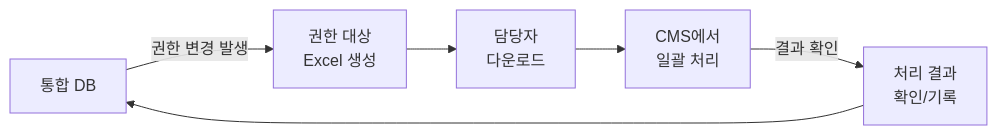
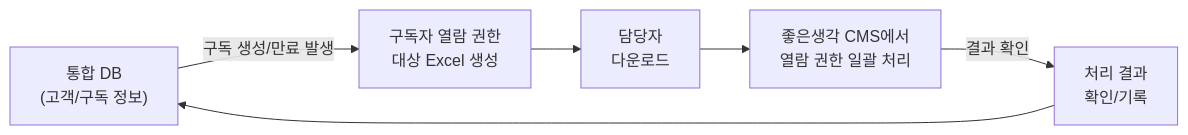
The fifth of 5 diagrams in src/content/docs/goodthinking-isp/04-design/data-integration.md (sknkwoxs/manual-book), drawn with Mermaid before and after one commit. The commit also changed other lines of this file and 4 other files, not shown here.

````diff
--- a/src/content/docs/goodthinking-isp/04-design/data-integration.md
+++ b/src/content/docs/goodthinking-isp/04-design/data-integration.md
@@ -236,14 +242,14 @@
 ```mermaid
 graph LR
-    A["통합 DB"]
-    B["권한 대상<br/>Excel 생성"]
+    A["통합 DB<br/>(고객/구독 정보)"]
+    B["구독자 열람 권한<br/>대상 Excel 생성"]
     C["담당자<br/>다운로드"]
-    D["CMS에서<br/>일괄 처리"]
+    D["좋은생각 CMS에서<br/>열람 권한 일괄 처리"]
     E["처리 결과<br/>확인/기록"]
     
-    A -->|권한 변경 발생| B
+    A -->|구독 생성/만료 발생| B
     B --> C
     C --> D
     D -->|결과 확인| E
     E --> A
 ```
````
